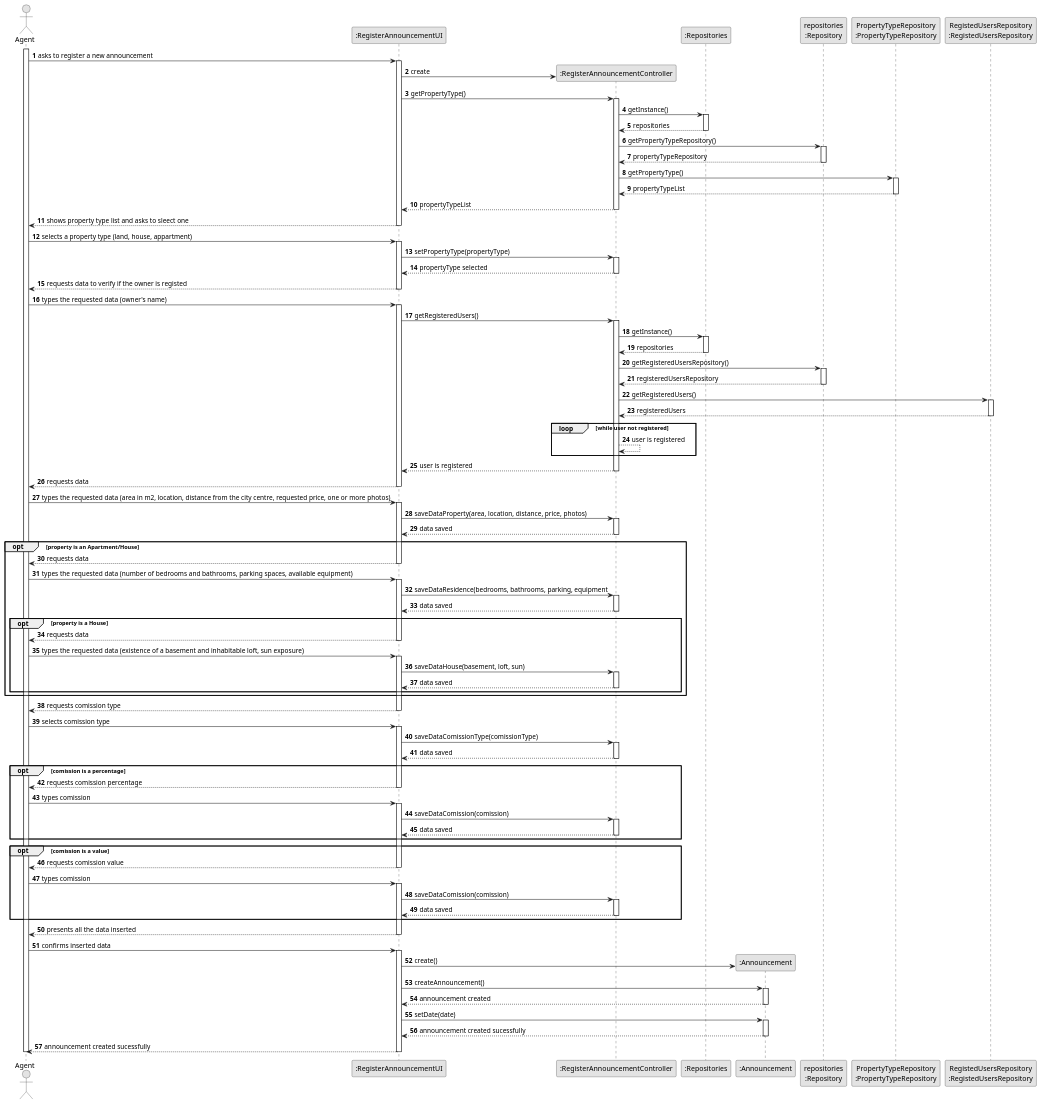
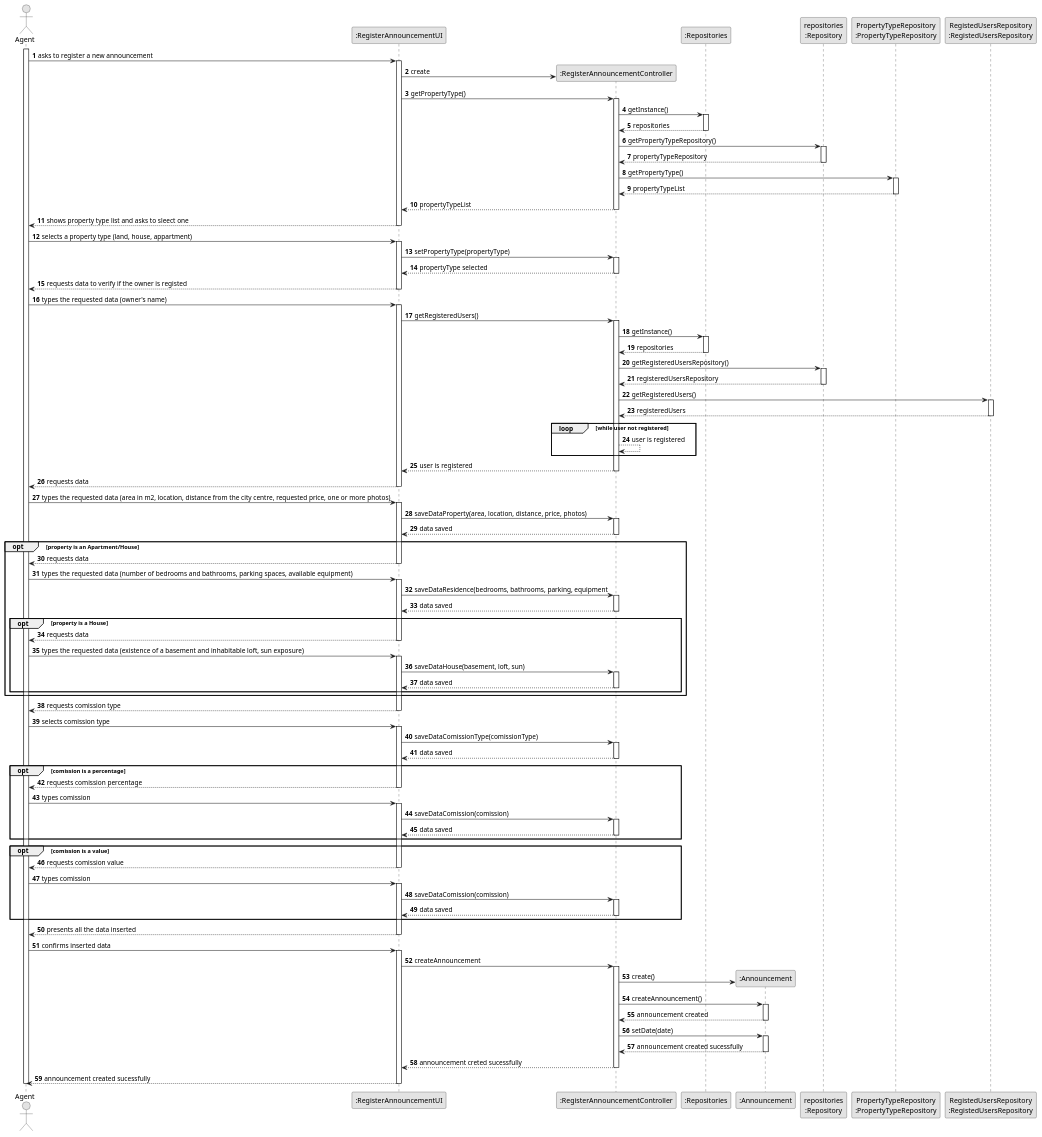
The diagram in docs/sprintB/us002/03.design/puml/us002-sequence-diagram-full.puml (1220812/LAPR2), drawn with PlantUML before and after one commit. The commit also changed 3 other files, not shown here.

```diff
--- a/docs/sprintB/us002/03.design/puml/us002-sequence-diagram-full.puml
+++ b/docs/sprintB/us002/03.design/puml/us002-sequence-diagram-full.puml
@@ -1,184 +1,189 @@
 @startuml
 skinparam monochrome true
 skinparam packageStyle rectangle
 skinparam shadowing false
 
 autonumber
 
 'hide footbox
 actor "Agent" as AGENT
 participant ":RegisterAnnouncementUI" as UI
 participant ":RegisterAnnouncementController" as CTRL
 participant ":Repositories" as REP
 participant ":Announcement" as ANCMT
 participant "repositories\n:Repository" as PLAT
 participant "PropertyTypeRepository\n:PropertyTypeRepository" as PropertyTypeREP
 participant "RegistedUsersRepository\n:RegistedUsersRepository" as RegistedUsersREP
 
 
 activate AGENT
 
         AGENT -> UI : asks to register a new announcement
 
         activate UI
 
             create CTRL
             UI -> CTRL** : create
 
             UI -> CTRL : getPropertyType()
             activate CTRL
 
                 CTRL -> REP : getInstance()
                 activate REP
 
                     REP --> CTRL: repositories
                 deactivate REP
 
                 CTRL -> PLAT : getPropertyTypeRepository()
                 activate PLAT
 
                     PLAT --> CTRL: propertyTypeRepository
                 deactivate PLAT
 
                 CTRL -> PropertyTypeREP : getPropertyType()
                 activate PropertyTypeREP
 
                     PropertyTypeREP --> CTRL : propertyTypeList
                 deactivate PropertyTypeREP
 
                 CTRL --> UI : propertyTypeList
             deactivate CTRL
 
             UI --> AGENT : shows property type list and asks to sleect one
         deactivate UI
 
     AGENT -> UI : selects a property type (land, house, appartment)
     activate UI
     UI -> CTRL : setPropertyType(propertyType)
     activate CTRL
     CTRL --> UI : propertyType selected
     deactivate CTRL
 
         UI --> AGENT : requests data to verify if the owner is registed
     deactivate UI
 
     AGENT -> UI : types the requested data (owner's name)
     activate UI
         UI -> CTRL : getRegisteredUsers()
         activate CTRL
         CTRL -> REP : getInstance()
         activate REP
         REP --> CTRL : repositories
         deactivate REP
         CTRL -> PLAT : getRegisteredUsersRepository()
         activate PLAT
         PLAT --> CTRL : registeredUsersRepository
         deactivate PLAT
         CTRL -> RegistedUsersREP : getRegisteredUsers()
         activate RegistedUsersREP
         RegistedUsersREP --> CTRL : registeredUsers
         deactivate RegistedUsersREP
         loop while user not registered
         CTRL --> CTRL : user is registered
         end loop
         CTRL --> UI : user is registered
         deactivate CTRL
         UI --> AGENT : requests data
         deactivate UI
 
         AGENT -> UI : types the requested data (area in m2, location, distance from the city centre, requested price, one or more photos)
         activate UI
         UI -> CTRL : saveDataProperty(area, location, distance, price, photos)
         activate CTRL
         CTRL --> UI : data saved
         deactivate CTRL
 
 
         opt property is an Apartment/House
 
         UI --> AGENT : requests data
     deactivate UI
 
     AGENT -> UI : types the requested data (number of bedrooms and bathrooms, parking spaces, available equipment)
         activate UI
 
     UI -> CTRL : saveDataResidence(bedrooms, bathrooms, parking, equipment
     activate CTRL
     CTRL --> UI : data saved
     deactivate CTRL
 
 
         opt property is a House
 
         UI --> AGENT : requests data
     deactivate UI
 AGENT -> UI : types the requested data (existence of a basement and inhabitable loft, sun exposure)
 activate UI
 UI -> CTRL : saveDataHouse(basement, loft, sun)
 activate CTRL
 CTRL --> UI : data saved
 deactivate CTRL
 
 end opt
 end opt
 UI --> AGENT : requests comission type
 deactivate UI
 AGENT -> UI : selects comission type
 activate UI
 UI -> CTRL : saveDataComissionType(comissionType)
 activate CTRL
 CTRL --> UI : data saved
 deactivate CTRL
 opt comission is a percentage
 UI --> AGENT : requests comission percentage
 deactivate UI
 AGENT -> UI : types comission
 activate UI
 UI -> CTRL : saveDataComission(comission)
 activate CTRL
 CTRL --> UI : data saved
 deactivate CTRL
 
 
 end opt
 
 opt comission is a value
 UI --> AGENT : requests comission value
 deactivate UI
 AGENT -> UI : types comission
 activate UI
 UI -> CTRL : saveDataComission(comission)
 activate CTRL
 CTRL --> UI : data saved
 deactivate CTRL
 end opt
 
 
 UI --> AGENT : presents all the data inserted
 
 deactivate UI
 
 AGENT -> UI : confirms inserted data
 
 activate UI
-UI -> ANCMT** : create()
-UI -> ANCMT : createAnnouncement()
+UI -> CTRL : createAnnouncement
+activate CTRL
+CTRL -> ANCMT** : create()
+CTRL -> ANCMT : createAnnouncement()
 activate ANCMT
-ANCMT --> UI : announcement created
+ANCMT --> CTRL : announcement created
 deactivate ANCMT
-UI -> ANCMT : setDate(date)
+CTRL -> ANCMT : setDate(date)
 activate ANCMT
-ANCMT --> UI : announcement created sucessfully
+ANCMT --> CTRL : announcement created sucessfully
 deactivate ANCMT
+
+CTRL --> UI : announcement creted sucessfully
+deactivate CTRL
 
 
 UI --> AGENT : announcement created sucessfully
 deactivate UI
 
 
 
 
 
 deactivate AGENT
 
 @enduml
```
